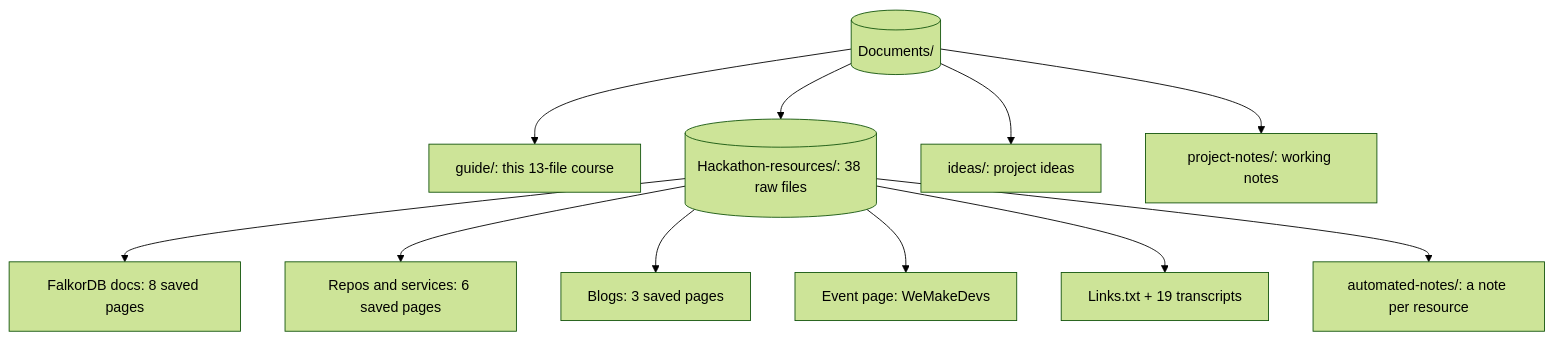
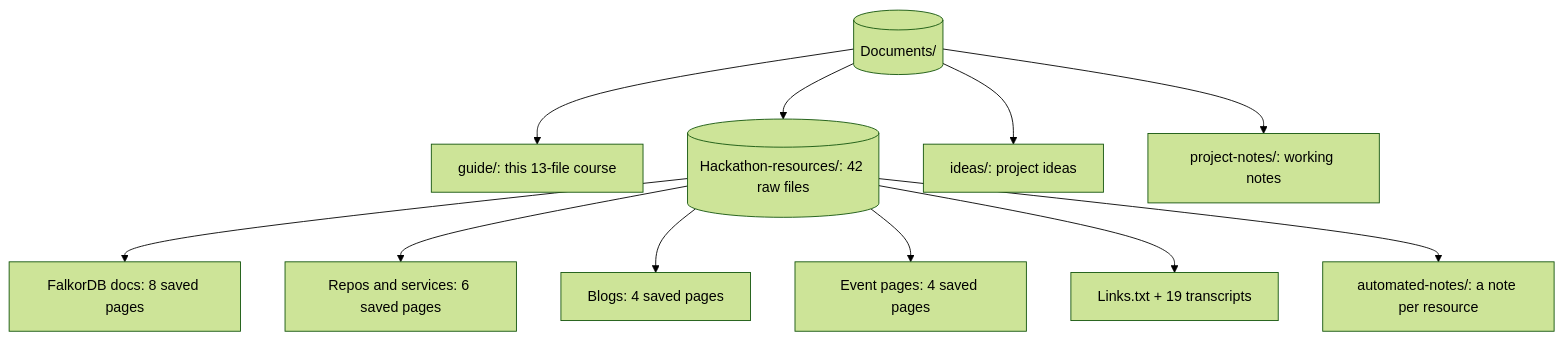
One commit to kintsugi-programmer/cto-ai changed the diagram in Documents/guide/12-resources-map.md. Above: the diagram before and after it, drawn with Mermaid (forest theme). The commit also changed other lines of this file and 20 other files, not shown here.

First line of the commit message:
Process new event pages and agent tutorial, update guides

````diff
--- a/Documents/guide/12-resources-map.md
+++ b/Documents/guide/12-resources-map.md
@@ -14,13 +14,13 @@
 ```mermaid
 graph TD
     R[("Documents/")] --> GR["guide/: this 13-file course"]
-    R --> HR[("Hackathon-resources/: 38 raw files")]
+    R --> HR[("Hackathon-resources/: 42 raw files")]
     R --> ID["ideas/: project ideas"]
     R --> PN["project-notes/: working notes"]
     HR --> DOC["FalkorDB docs: 8 saved pages"]
     HR --> REP["Repos and services: 6 saved pages"]
-    HR --> B["Blogs: 3 saved pages"]
-    HR --> EV["Event page: WeMakeDevs"]
+    HR --> B["Blogs: 4 saved pages"]
+    HR --> EV["Event pages: 4 saved pages"]
     HR --> TX["Links.txt + 19 transcripts"]
     HR --> AN["automated-notes/: a note per resource"]
 ```
````
